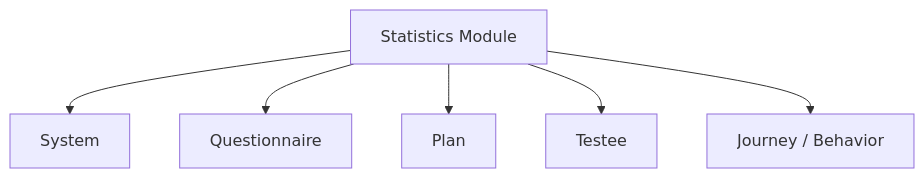
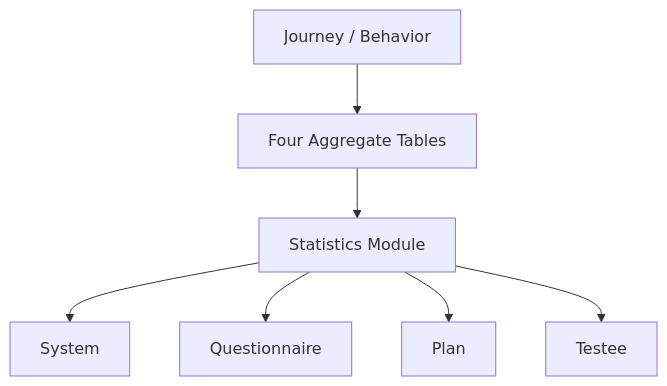
One commit to FangcunMount/qs-server changed the first of 2 diagrams in docs/02-业务模块/statistics/00-整体模型.md. Above: the diagram before and after it, drawn with Mermaid. The commit also changed other lines of this file and 28 other files, not shown here.

````diff
--- a/docs/02-业务模块/statistics/00-整体模型.md
+++ b/docs/02-业务模块/statistics/00-整体模型.md
@@ -15,15 +16,17 @@
 ```mermaid
 flowchart TB
     stats["Statistics Module"]
     system["System"]
     questionnaire["Questionnaire"]
     plan["Plan"]
     testee["Testee"]
+    aggregate["Four Aggregate Tables"]
     journey["Journey / Behavior"]
 
     stats --> system
     stats --> questionnaire
     stats --> plan
     stats --> testee
-    stats --> journey
+    journey --> aggregate
+    aggregate --> stats
 ```
````
